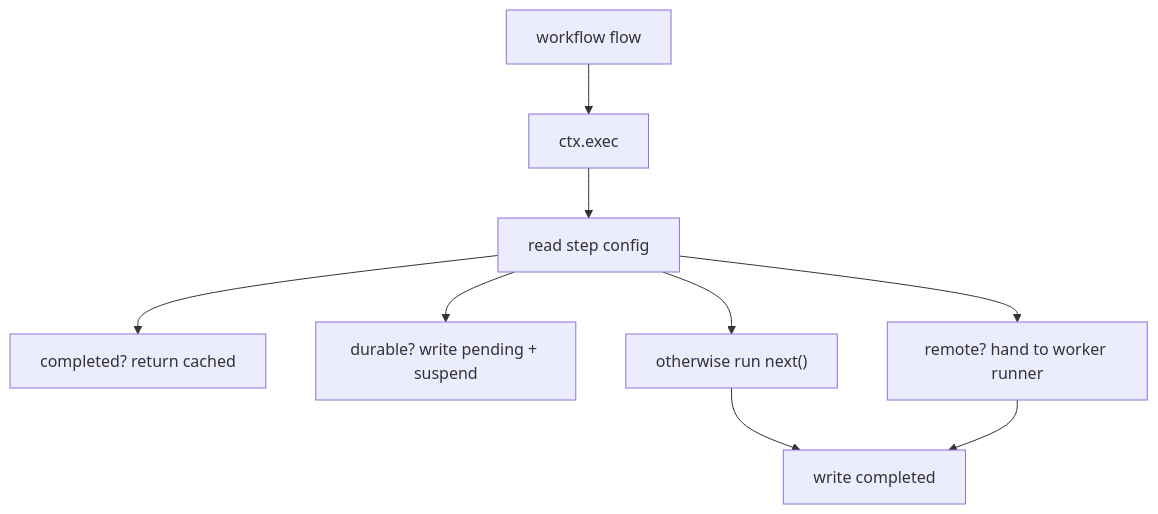
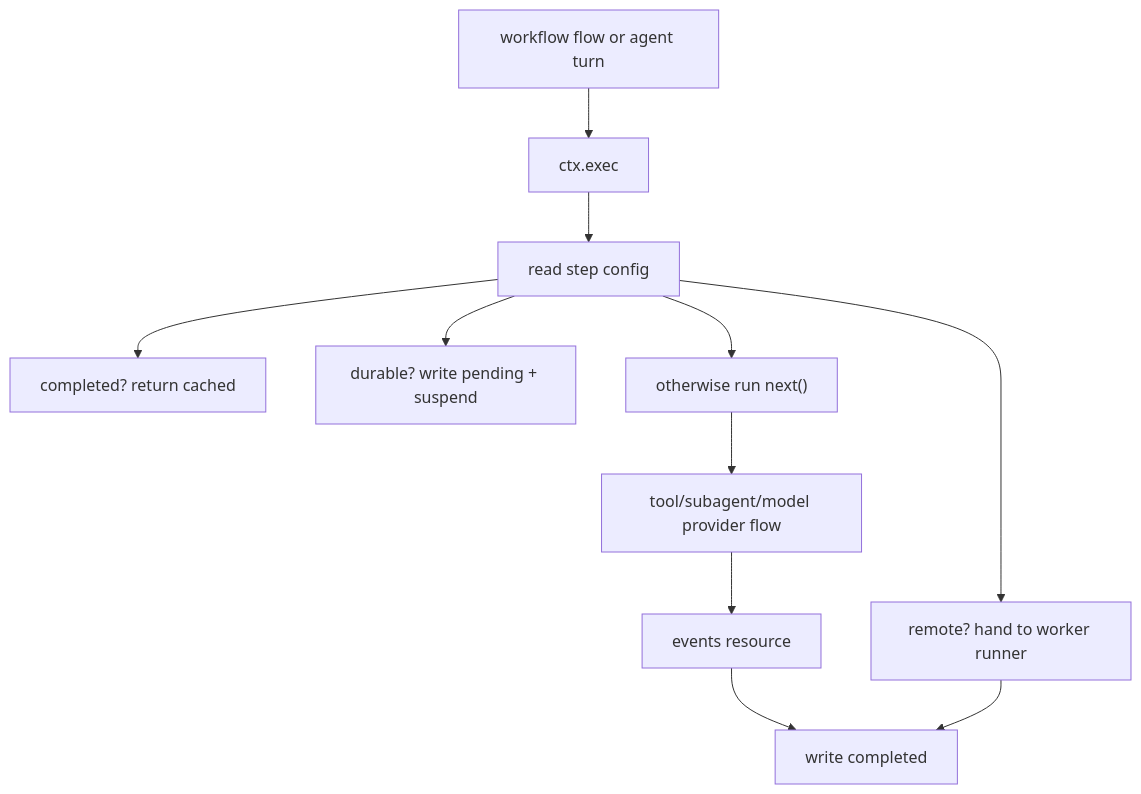
Before and after one commit to pumped-fn/pumped-fn: the diagram in packages/agent-sdk/README.md, drawn with Mermaid. The commit also changed other lines of this file and 23 other files, not shown here.

Commit message:
feat(agent-sdk): add lite-native agent workflow surface

````diff
--- a/packages/agent-sdk/README.md
+++ b/packages/agent-sdk/README.md
@@ -19,11 +20,13 @@
 ```mermaid
 flowchart TD
-  Root["workflow flow"] --> Exec["ctx.exec"]
+  Root["workflow flow or agent turn"] --> Exec["ctx.exec"]
   Exec --> Config["read step config"]
   Config --> Replay["completed? return cached"]
   Config --> Durable["durable? write pending + suspend"]
   Config --> Remote["remote? hand to worker runner"]
   Config --> Local["otherwise run next()"]
-  Local --> Log["write completed"]
+  Local --> Tool["tool/subagent/model provider flow"]
+  Tool --> Events["events resource"]
+  Events --> Log["write completed"]
   Remote --> Log
 ```
````
